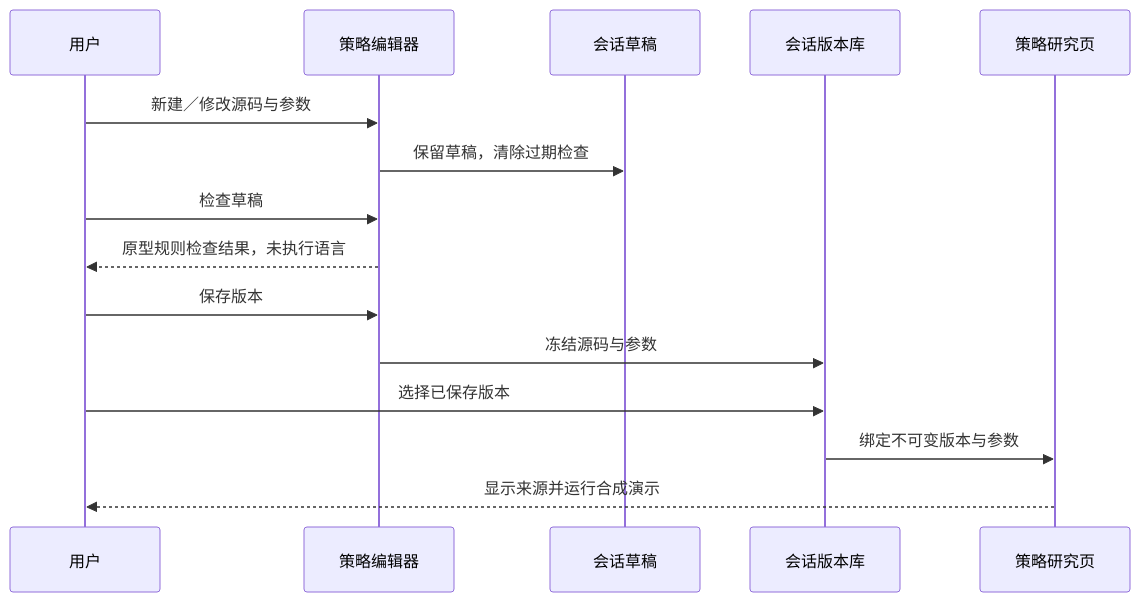
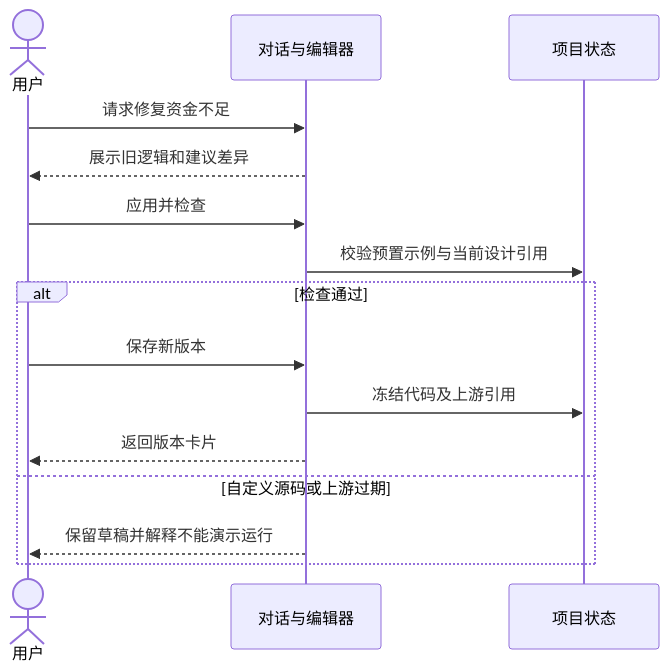
Before and after one commit to dorname/nautilus_trader: the diagram in logos/changes/astock-research-desktop/deltas/prd/2-product-design/2-page-design/core-04-strategy-development-design.md, drawn with Mermaid. The commit also changed other lines of this file and 48 other files, not shown here.

````diff
--- a/logos/changes/astock-research-desktop/deltas/prd/2-product-design/2-page-design/core-04-strategy-development-design.md
+++ b/logos/changes/astock-research-desktop/deltas/prd/2-product-design/2-page-design/core-04-strategy-development-design.md
@@ -12,17 +12,17 @@
 ```mermaid
 sequenceDiagram
-    participant U as 用户
-    participant E as 策略编辑器
-    participant D as 会话草稿
-    participant V as 会话版本库
-    participant R as 策略研究页
-    U->>E: 新建／修改源码与参数
-    E->>D: 保留草稿，清除过期检查
-    U->>E: 检查草稿
-    E-->>U: 原型规则检查结果，未执行语言
-    U->>E: 保存版本
-    E->>V: 冻结源码与参数
-    U->>V: 选择已保存版本
-    V->>R: 绑定不可变版本与参数
-    R-->>U: 显示来源并运行合成演示
+    actor U as 用户
+    participant G as 对话与编辑器
+    participant P as 项目状态
+    U->>G: 请求修复资金不足
+    G-->>U: 展示旧逻辑和建议差异
+    U->>G: 应用并检查
+    G->>P: 校验预置示例与当前设计引用
+    alt 检查通过
+        U->>G: 保存新版本
+        G->>P: 冻结代码及上游引用
+        G-->>U: 返回版本卡片
+    else 自定义源码或上游过期
+        G-->>U: 保留草稿并解释不能演示运行
+    end
 ```
````
